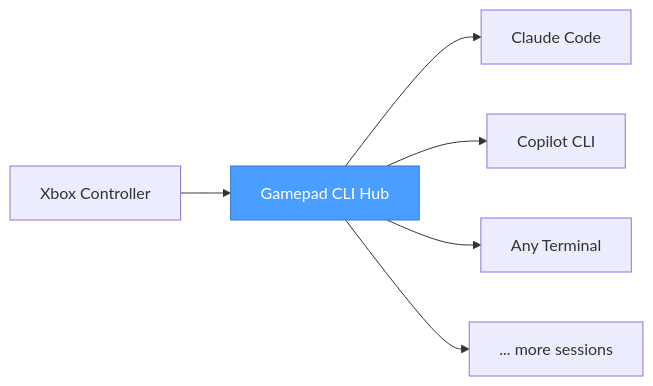
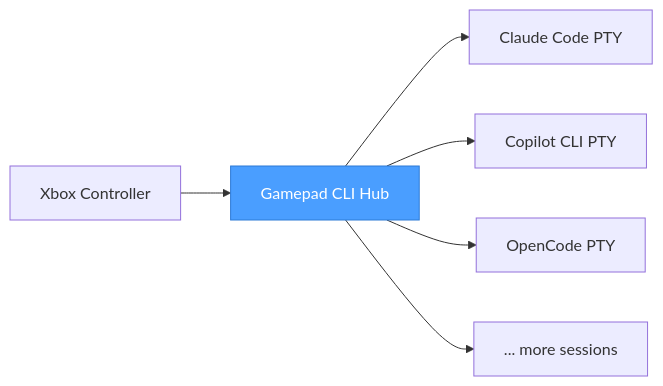
The diagram in README.md (PetePeter/gamepad-cli-hub), drawn with Mermaid before and after one commit. The commit also changed other lines of this file and 31 other files, not shown here.

First line of the commit message:
feat: embedded terminal architecture with PTY + xterm.js

````diff
--- a/README.md
+++ b/README.md
@@ -75,10 +75,10 @@
 ```mermaid
 graph LR
     XB[Xbox Controller] --> APP[Gamepad CLI Hub]
-    APP --> T1[Claude Code]
-    APP --> T2[Copilot CLI]
-    APP --> T3[Any Terminal]
+    APP --> T1[Claude Code PTY]
+    APP --> T2[Copilot CLI PTY]
+    APP --> T3[OpenCode PTY]
     APP --> T4[... more sessions]
 
     style APP fill:#4a9eff,color:#fff,stroke:#2d7ad6
 ```
````
